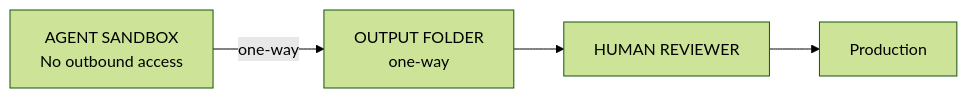
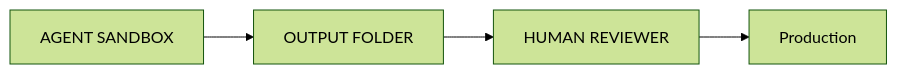
The fourth of 8 diagrams in writing-production-code.md (seanpor/AgentGuide), drawn with Mermaid (forest theme) before and after one commit. The commit also changed other lines of this file and 1 other file, not shown here.

First line of the commit message:
Compact Mermaid diagrams for small-screen readability

````diff
--- a/writing-production-code.md
+++ b/writing-production-code.md
@@ -797,6 +797,6 @@
 ```mermaid
 flowchart LR
-    A[AGENT SANDBOX<br/>No outbound access] -->|one-way| OF[OUTPUT FOLDER<br/>one-way]
+    A[AGENT SANDBOX] --> OF[OUTPUT FOLDER]
     OF --> HR[HUMAN REVIEWER]
     HR --> Production
 ```
````
